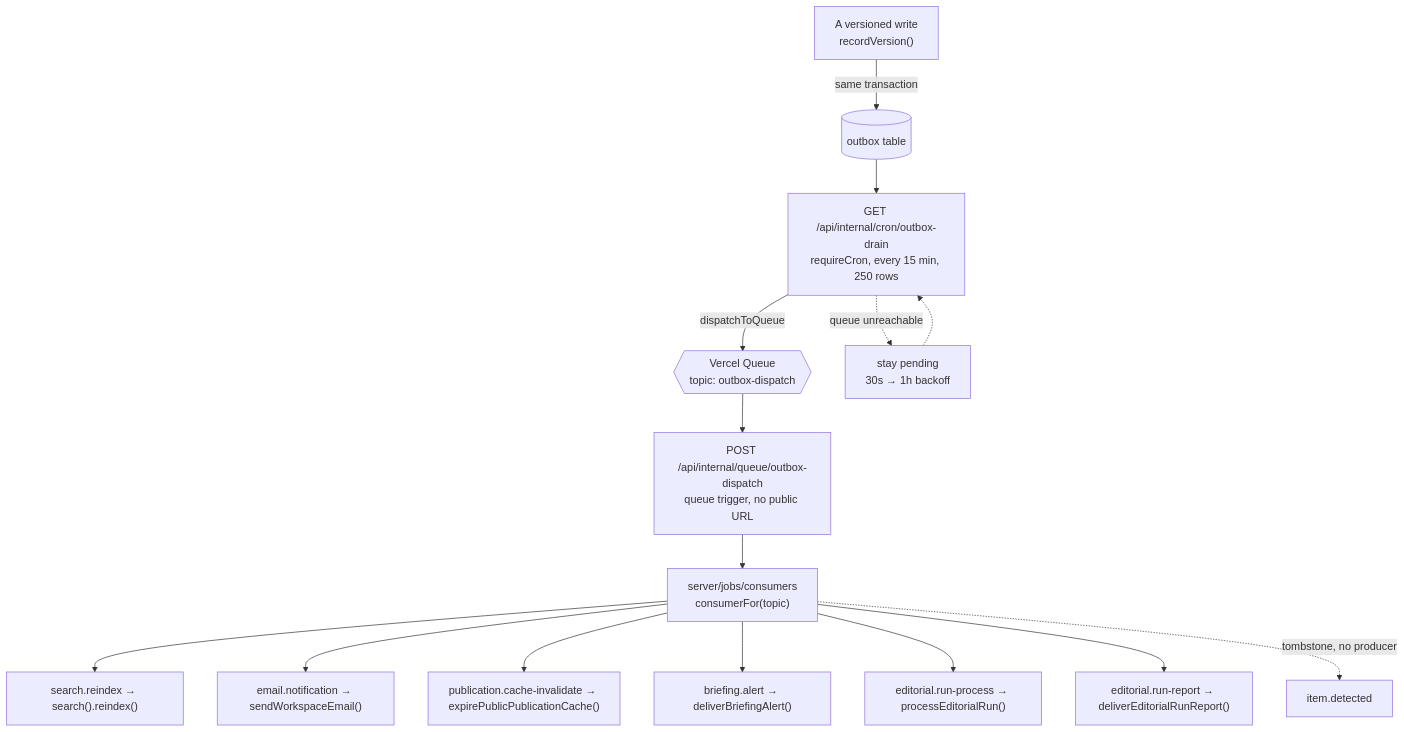
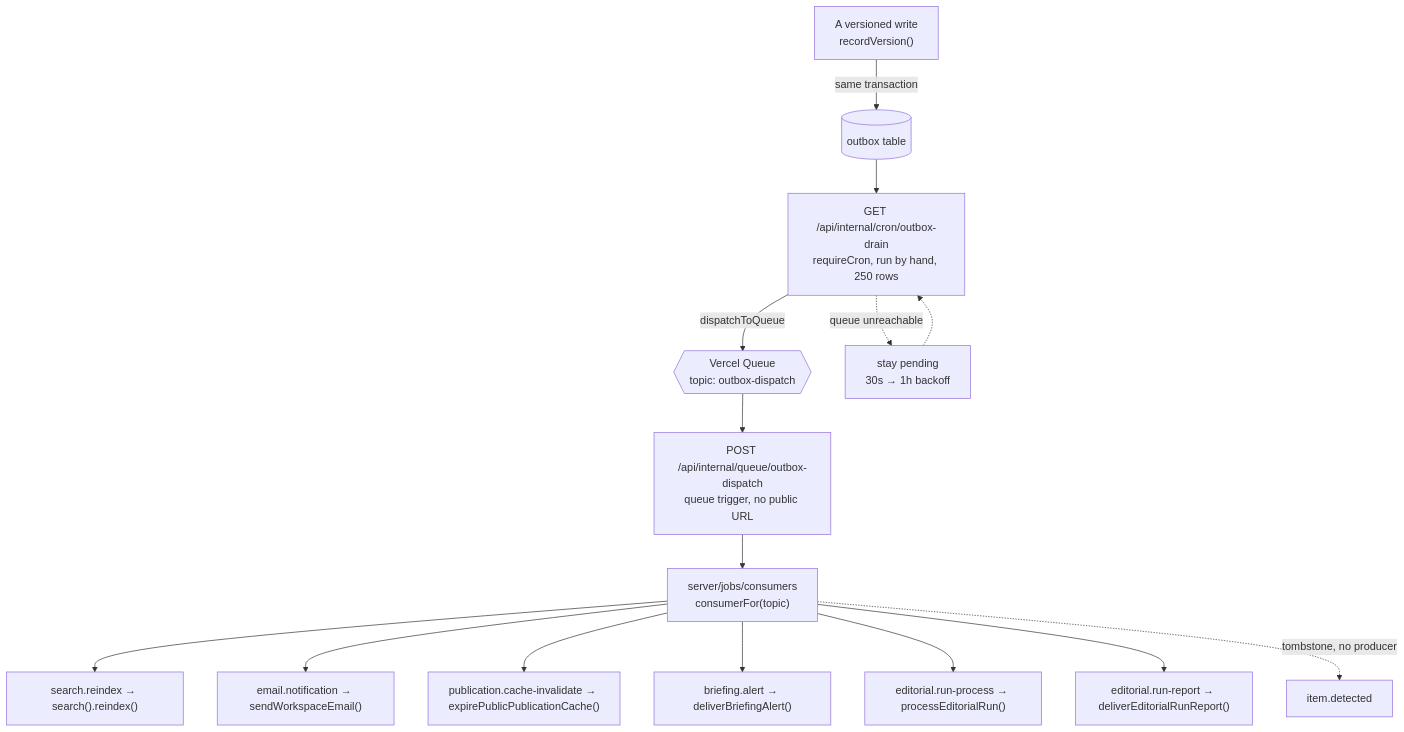
One commit to lions-admin/lions-of-zion changed the third of 6 diagrams in docs/architecture.md. Above: the diagram before and after it, drawn with Mermaid. The commit also changed other lines of this file, not shown here.

Commit message:
docs: drop stale cron and README auto-deploy claims; close DNA §12 gaps 2/3/11

````diff
--- a/docs/architecture.md
+++ b/docs/architecture.md
@@ -203,19 +203,19 @@
 ```mermaid
 flowchart TB
     W["A versioned write<br/>recordVersion()"] -->|"same transaction"| OB[("outbox table")]
 
-    OB --> Drain["GET /api/internal/cron/outbox-drain<br/>requireCron, every 15 min, 250 rows"]
+    OB --> Drain["GET /api/internal/cron/outbox-drain<br/>requireCron, run by hand, 250 rows"]
     Drain -->|"dispatchToQueue"| Q{{"Vercel Queue<br/>topic: outbox-dispatch"}}
     Q --> Disp["POST /api/internal/queue/outbox-dispatch<br/>queue trigger, no public URL"]
     Disp --> Cons["server/jobs/consumers<br/>consumerFor(topic)"]
     Cons --> Reindex["search.reindex → search().reindex()"]
     Cons --> Email["email.notification → sendWorkspaceEmail()"]
     Cons --> Invalidate["publication.cache-invalidate → expirePublicPublicationCache()"]
     Cons --> Alert["briefing.alert → deliverBriefingAlert()"]
     Cons --> Run["editorial.run-process → processEditorialRun()"]
     Cons --> Report["editorial.run-report → deliverEditorialRunReport()"]
     Cons -.->|"tombstone, no producer"| Detect["item.detected"]
 
     Drain -.->|"queue unreachable"| Backoff["stay pending<br/>30s → 1h backoff"]
     Backoff -.-> Drain
 ```
````
